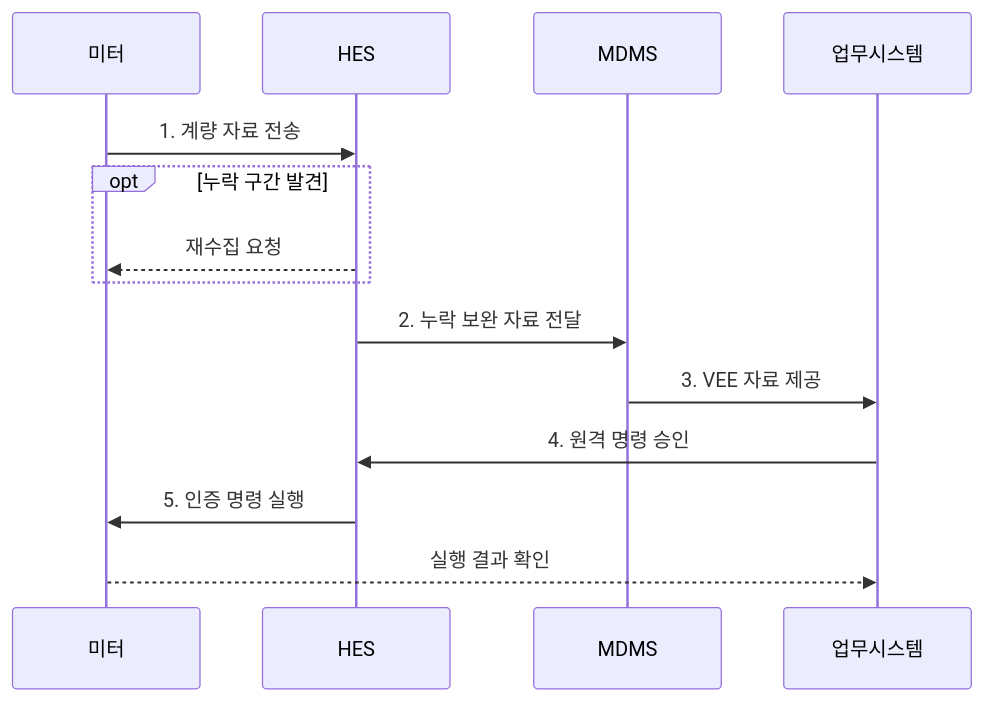
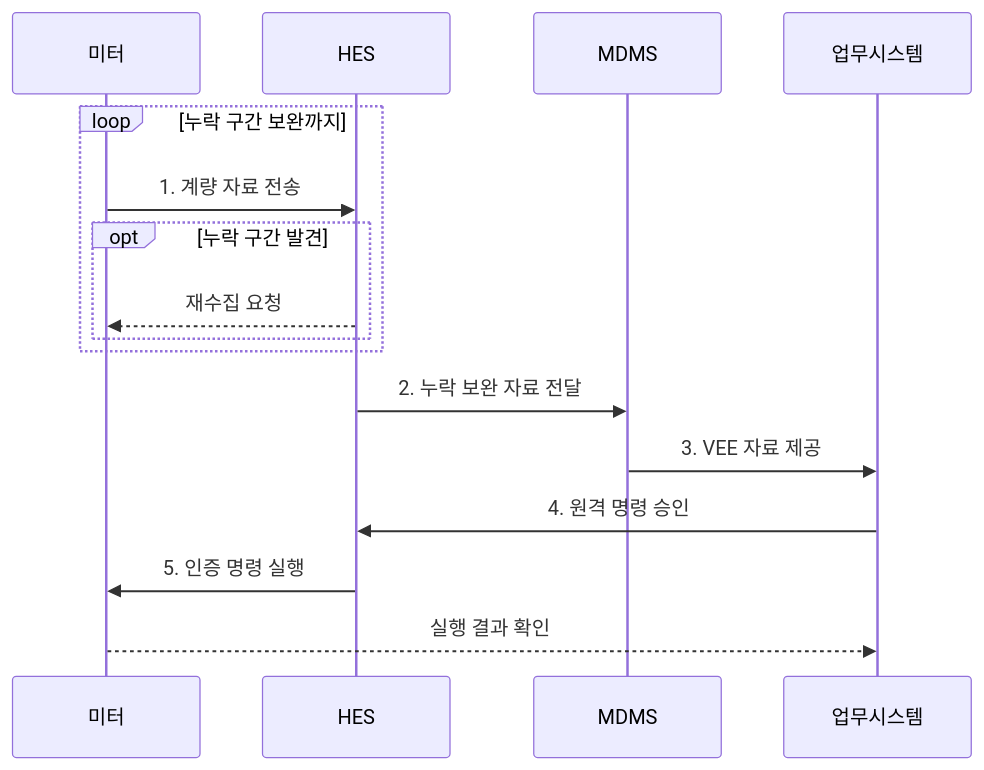
One commit to agnusdei1207/knowledge-base changed the second of 2 diagrams in src/content/docs/notes/04-network/084_advanced_metering_infrastructure.md. Above: the diagram before and after it, drawn with Mermaid. The commit also changed other lines of this file and 20 other files, not shown here.

````diff
--- a/src/content/docs/notes/04-network/084_advanced_metering_infrastructure.md
+++ b/src/content/docs/notes/04-network/084_advanced_metering_infrastructure.md
@@ -101,16 +101,18 @@
 ```mermaid
 sequenceDiagram
     participant 미터
     participant HES
     participant MDMS
     participant 업무시스템
-    미터->>HES: 1. 계량 자료 전송
-    opt 누락 구간 발견
-        HES-->>미터: 재수집 요청
+    loop 누락 구간 보완까지
+        미터->>HES: 1. 계량 자료 전송
+        opt 누락 구간 발견
+            HES-->>미터: 재수집 요청
+        end
     end
     HES->>MDMS: 2. 누락 보완 자료 전달
     MDMS->>업무시스템: 3. VEE 자료 제공
     업무시스템->>HES: 4. 원격 명령 승인
     HES->>미터: 5. 인증 명령 실행
     미터-->>업무시스템: 실행 결과 확인
 ```
````
